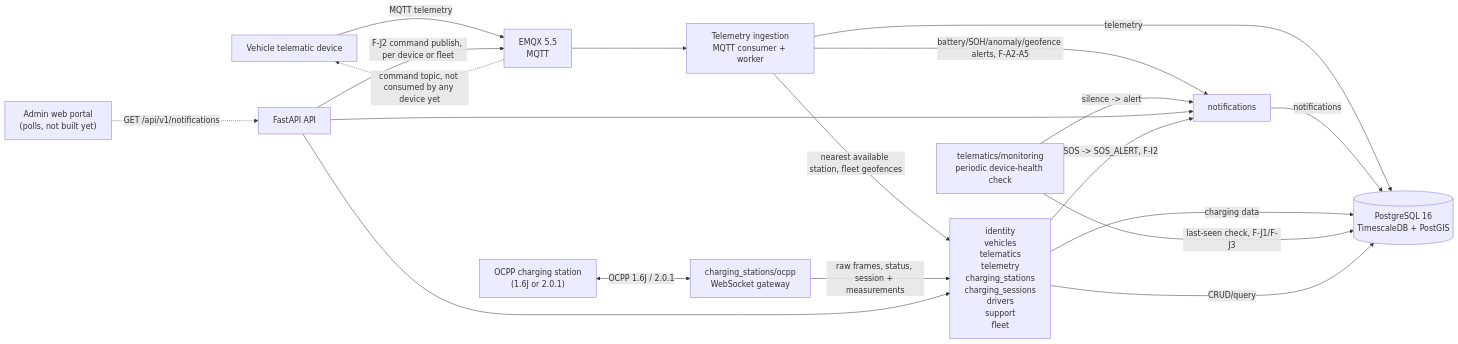
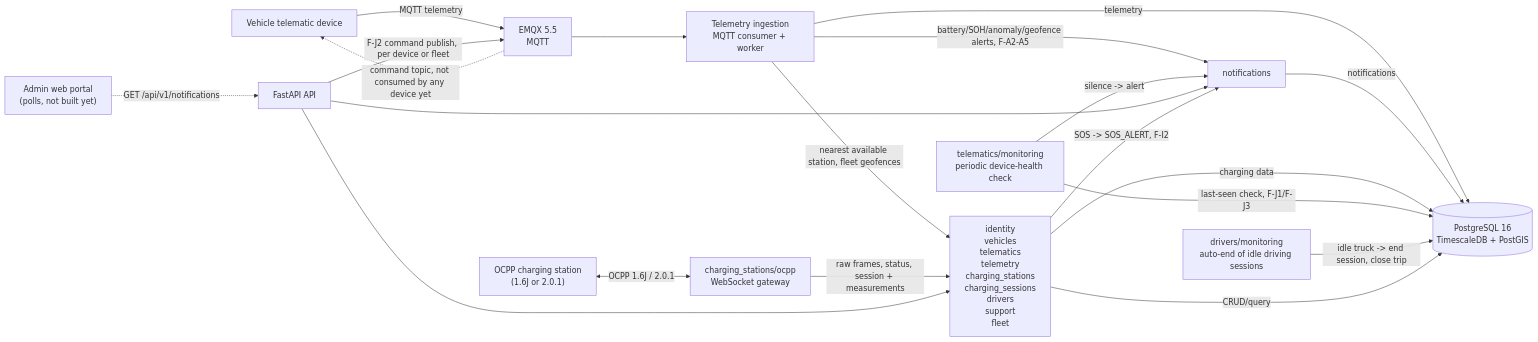
The diagram in docs/design/architecture.md (yolo-coccoc/G3Network-app), drawn with Mermaid before and after one commit. The commit also changed other lines of this file and 37 other files, not shown here.

First line of the commit message:
feat(drivers): add check-in checks, driving summary, auto-end and trips (WP5)

````diff
--- a/docs/design/architecture.md
+++ b/docs/design/architecture.md
@@ -19,36 +19,38 @@
 ```mermaid
 flowchart LR
     Vehicle["Vehicle telematic device"]
     Station["OCPP charging station\n(1.6J or 2.0.1)"]
     Broker["EMQX 5.5\nMQTT"]
     Ingestion["Telemetry ingestion\nMQTT consumer + worker"]
     OCPP["charging_stations/ocpp\nWebSocket gateway"]
     Monitor["telematics/monitoring\nperiodic device-health check"]
+    AutoEnd["drivers/monitoring\nauto-end of idle driving sessions"]
     API["FastAPI API"]
     Domains["identity\nvehicles\ntelematics\ntelemetry\ncharging_stations\ncharging_sessions\ndrivers\nsupport\nfleet"]
     Notifications["notifications"]
     DB[("PostgreSQL 16\nTimescaleDB + PostGIS")]
     Portal["Admin web portal\n(polls, not built yet)"]
 
     Vehicle -->|MQTT telemetry| Broker
     Broker --> Ingestion
     Ingestion -->|telemetry| DB
     Ingestion -->|battery/SOH/anomaly/geofence alerts, F-A2-A5| Notifications
     Ingestion -->|nearest available station, fleet geofences| Domains
     Notifications -->|notifications| DB
 
     Station <-->|OCPP 1.6J / 2.0.1| OCPP
     OCPP -->|raw frames, status, session + measurements| Domains
     Domains -->|charging data| DB
 
     Monitor -->|last-seen check, F-J1/F-J3| DB
     Monitor -->|silence -> alert| Notifications
+    AutoEnd -->|idle truck -> end session, close trip| DB
 
     API --> Domains
     API --> Notifications
     Domains -->|SOS -> SOS_ALERT, F-I2| Notifications
     API -->|F-J2 command publish, per device or fleet| Broker
     Broker -.->|command topic, not consumed by any device yet| Vehicle
     Domains -->|CRUD/query| DB
     Portal -.->|GET /api/v1/notifications| API
 ```
````
